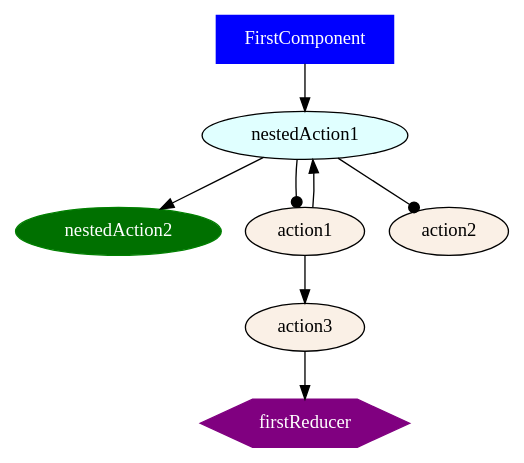
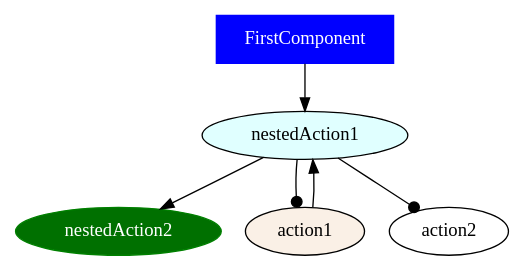
Before and after one commit to ammarnajjar/ngrx-graph: the diagram in docs/examples/case2/out/nestedAction2.dot, drawn with Graphviz. The commit also changed 50 other files, not shown here.

First line of the commit message:
feat: add DOT file generation and SVG support for action graphs

```diff
--- a/docs/examples/case2/out/nestedAction2.dot
+++ b/docs/examples/case2/out/nestedAction2.dot
@@ -1,16 +1,11 @@
 digraph {
 FirstComponent [shape="box", color=blue, fillcolor=blue, fontcolor=white, style=filled]
 nestedAction1 [color=black, fillcolor=lightcyan, fontcolor=black, style=filled]
 nestedAction2 [color=green, fillcolor="#007000", fontcolor=white, style=filled]
 action1 [fillcolor=linen, style=filled]
-action2 [fillcolor=linen, style=filled]
-action3 [fillcolor=linen, style=filled]
-firstReducer [shape="hexagon", color=purple, fillcolor=purple, fontcolor=white, style=filled]
 FirstComponent -> nestedAction1
-action1 -> nestedAction1
-action1 -> action3
 nestedAction1 -> nestedAction2
-action3 -> firstReducer
 nestedAction1 -> action1 [arrowhead=dot]
 nestedAction1 -> action2 [arrowhead=dot]
+action1 -> nestedAction1
 }
```
